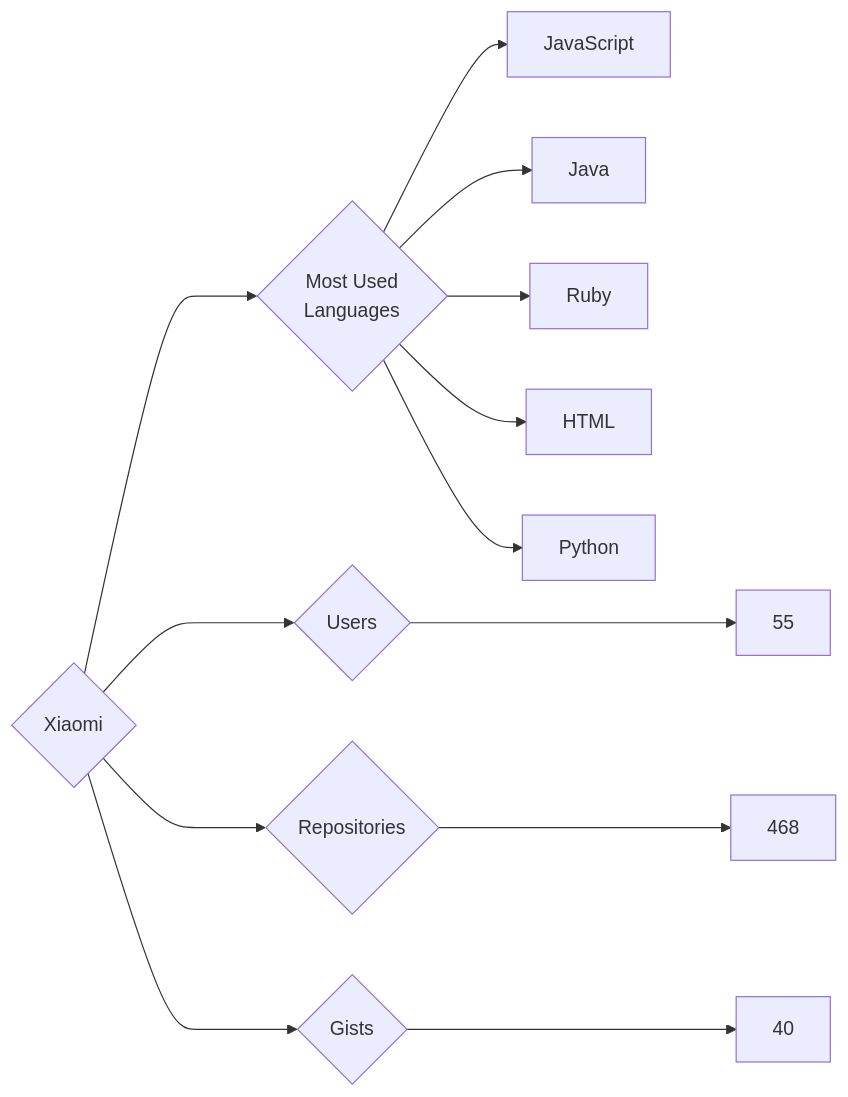
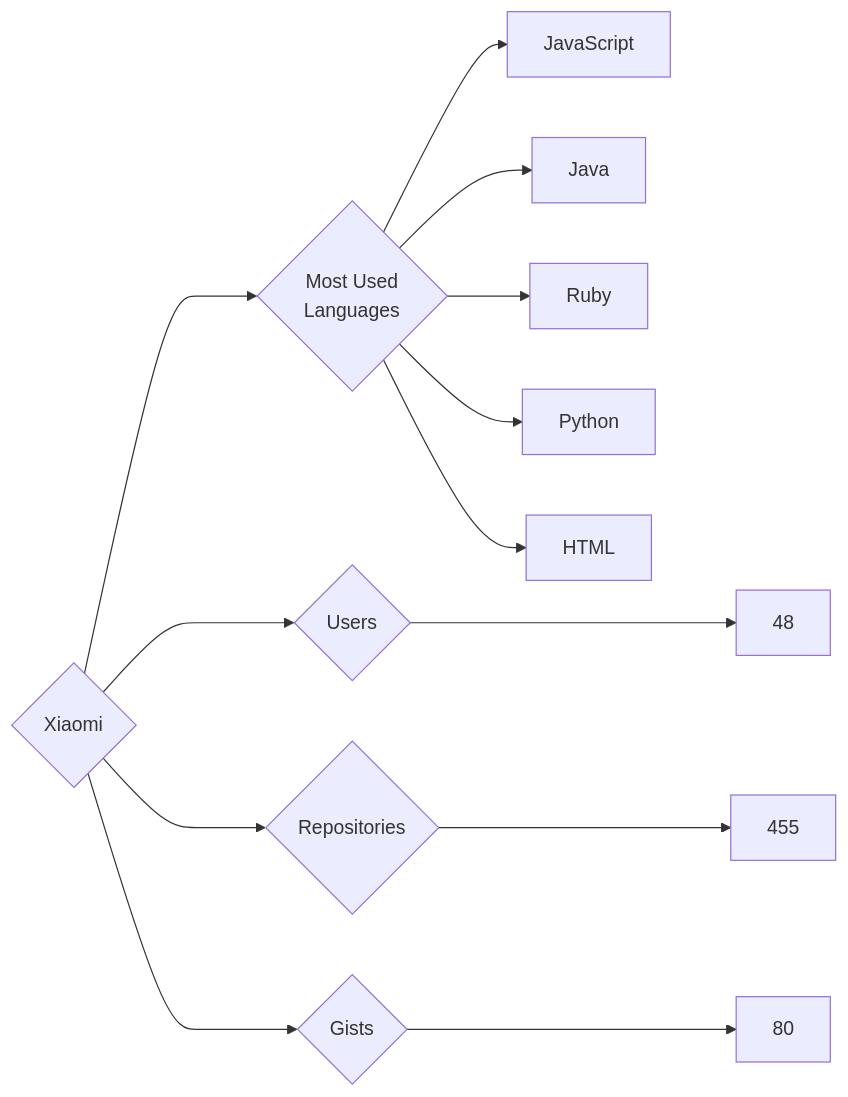
The diagram in targets/Xiaomi/README.md (trickest/insiders), drawn with Mermaid before and after one commit. The commit also changed 833 other files, not shown here.

````diff
--- a/targets/Xiaomi/README.md
+++ b/targets/Xiaomi/README.md
@@ -3,13 +3,13 @@
 ```mermaid
 graph LR
 COMPANY_NAME{Xiaomi}
-COMPANY_NAME ---> U{Users} ---> UN[55]
-COMPANY_NAME ---> R{Repositories} ---> RN[468]
-COMPANY_NAME ---> G{Gists} ---> GN[40]
+COMPANY_NAME ---> U{Users} ---> UN[48]
+COMPANY_NAME ---> R{Repositories} ---> RN[455]
+COMPANY_NAME ---> G{Gists} ---> GN[80]
 COMPANY_NAME ---> ML{Most Used<br>Languages}
 ML --> JavaScript[JavaScript]
 ML --> Java[Java]
 ML --> Ruby[Ruby]
+ML --> Python[Python]
 ML --> HTML[HTML]
-ML --> Python[Python]
 ```
````
